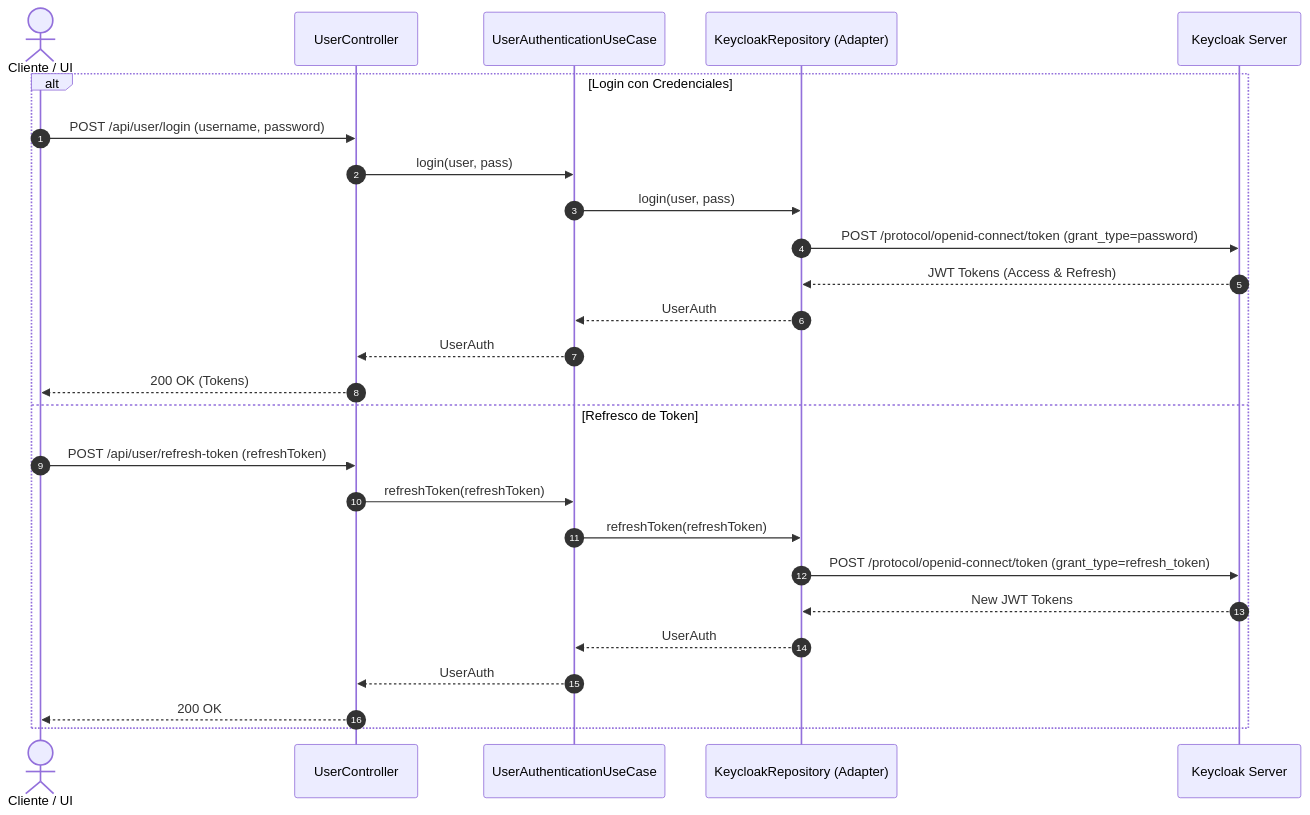
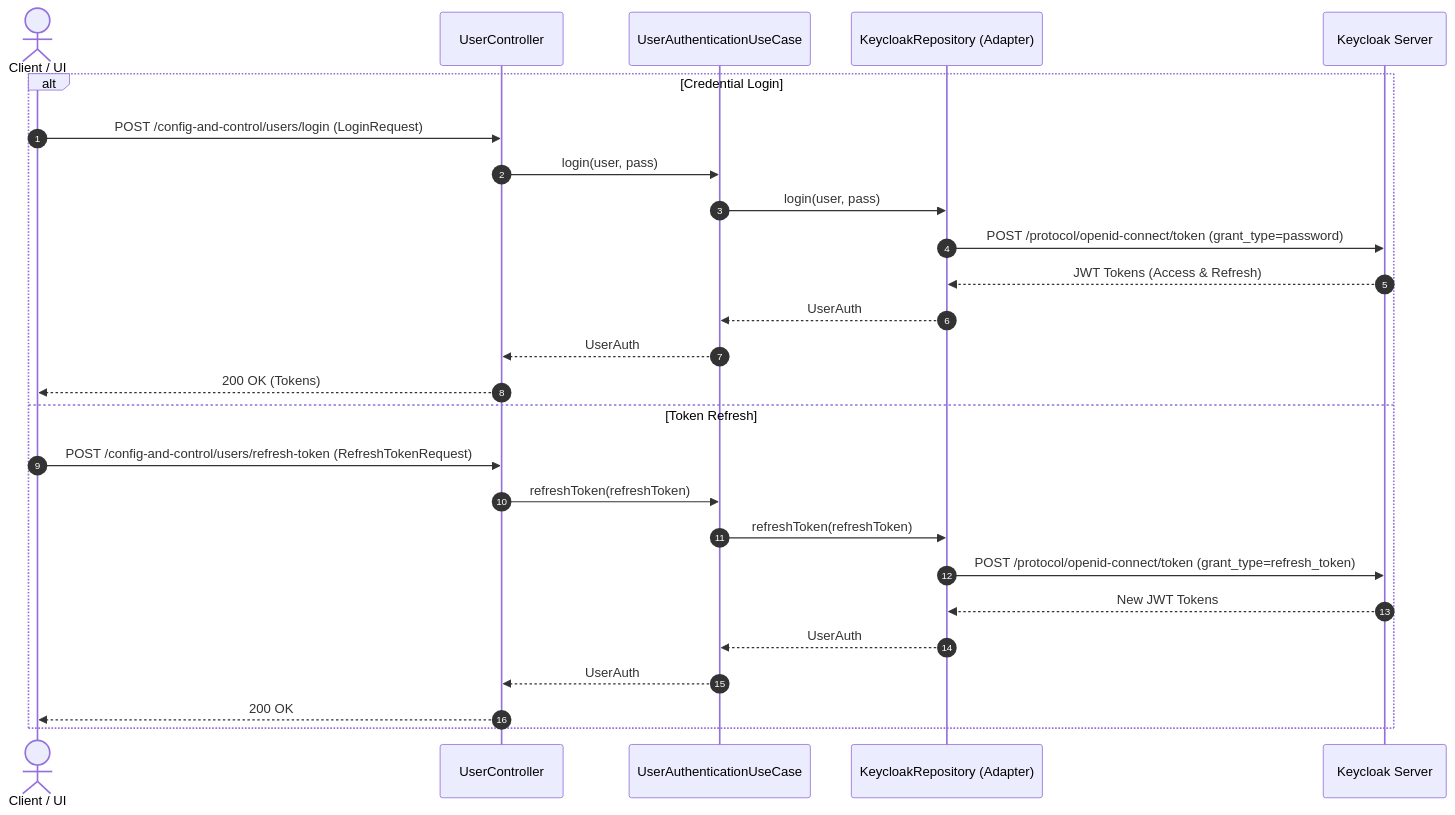
The diagram in .agents/use_cases/UserAuthenticationUseCase.md (Biopatternsg-ms/config-and-control), drawn with Mermaid before and after one commit. The commit also changed other lines of this file and 16 other files, not shown here.

````diff
--- a/.agents/use_cases/UserAuthenticationUseCase.md
+++ b/.agents/use_cases/UserAuthenticationUseCase.md
@@ -30,29 +30,29 @@
 ```mermaid
 sequenceDiagram
     autonumber
-    actor Usuario as Cliente / UI
+    actor User as Client / UI
     participant Controller as UserController
     participant UseCase as UserAuthenticationUseCase
     participant KeycloakRepo as KeycloakRepository (Adapter)
     participant Keycloak as Keycloak Server
 
-    alt Login con Credenciales
-        Usuario->>Controller: POST /api/user/login (username, password)
+    alt Credential Login
+        User->>Controller: POST /config-and-control/users/login (LoginRequest)
         Controller->>UseCase: login(user, pass)
         UseCase->>KeycloakRepo: login(user, pass)
         KeycloakRepo->>Keycloak: POST /protocol/openid-connect/token (grant_type=password)
         Keycloak-->>KeycloakRepo: JWT Tokens (Access & Refresh)
         KeycloakRepo-->>UseCase: UserAuth
         UseCase-->>Controller: UserAuth
-        Controller-->>Usuario: 200 OK (Tokens)
-    else Refresco de Token
-        Usuario->>Controller: POST /api/user/refresh-token (refreshToken)
+        Controller-->>User: 200 OK (Tokens)
+    else Token Refresh
+        User->>Controller: POST /config-and-control/users/refresh-token (RefreshTokenRequest)
         Controller->>UseCase: refreshToken(refreshToken)
         UseCase->>KeycloakRepo: refreshToken(refreshToken)
         KeycloakRepo->>Keycloak: POST /protocol/openid-connect/token (grant_type=refresh_token)
         Keycloak-->>KeycloakRepo: New JWT Tokens
         KeycloakRepo-->>UseCase: UserAuth
         UseCase-->>Controller: UserAuth
-        Controller-->>Usuario: 200 OK
+        Controller-->>User: 200 OK
     end
 ```
````
